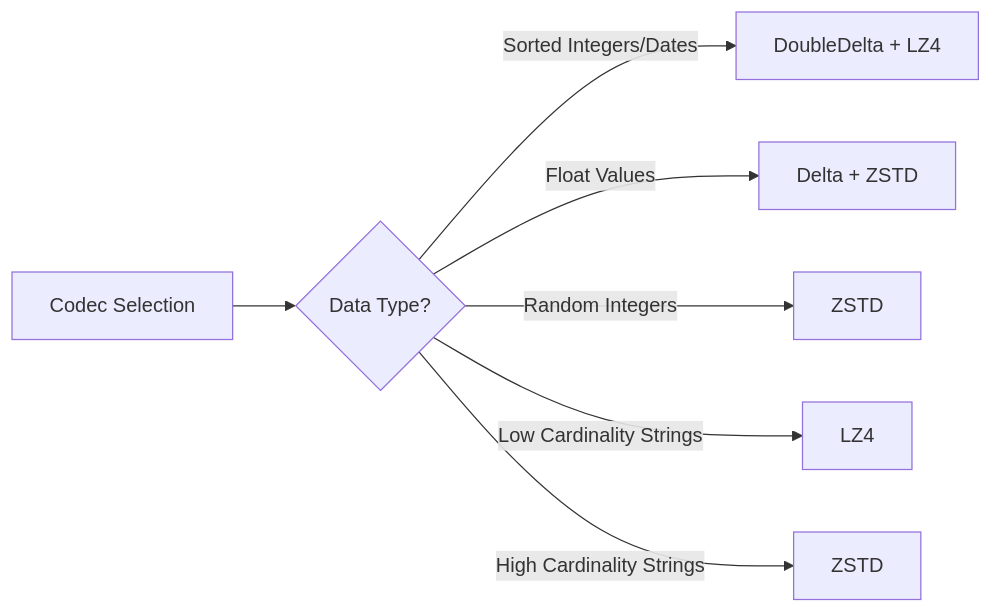
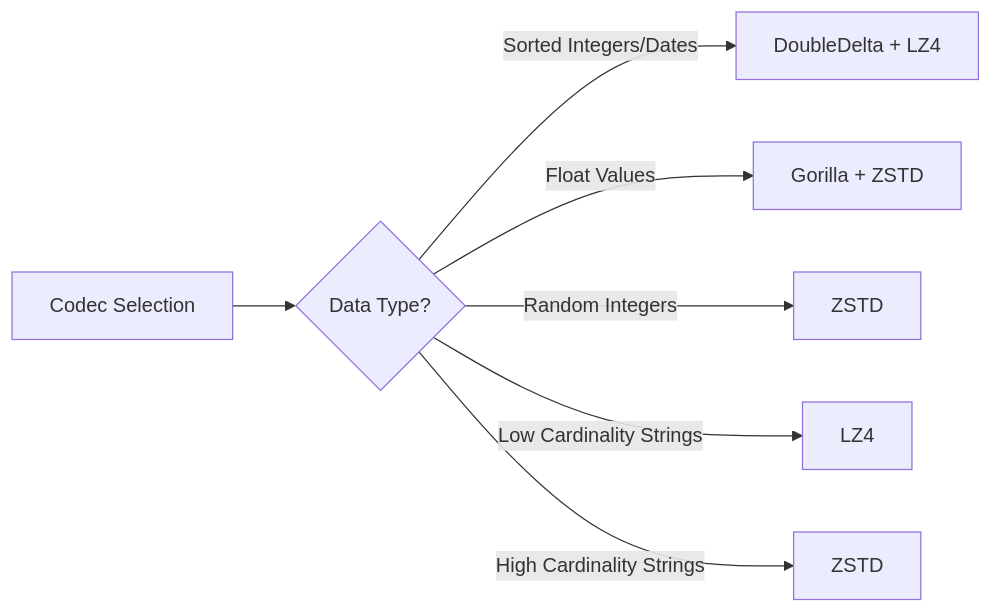
One commit to OneUptime/blog changed the second of 2 diagrams in posts/2026-02-20-clickhouse-performance-tuning/README.md. Above: the diagram before and after it, drawn with Mermaid. The commit also changed other lines of this file and 2 other files, not shown here.

````diff
--- a/posts/2026-02-20-clickhouse-performance-tuning/README.md
+++ b/posts/2026-02-20-clickhouse-performance-tuning/README.md
@@ -149,9 +149,9 @@
 ```mermaid
 graph LR
     A[Codec Selection] --> B{Data Type?}
     B -->|Sorted Integers/Dates| C[DoubleDelta + LZ4]
-    B -->|Float Values| D[Delta + ZSTD]
+    B -->|Float Values| D[Gorilla + ZSTD]
     B -->|Random Integers| E[ZSTD]
     B -->|Low Cardinality Strings| F[LZ4]
     B -->|High Cardinality Strings| G[ZSTD]
 ```
````
